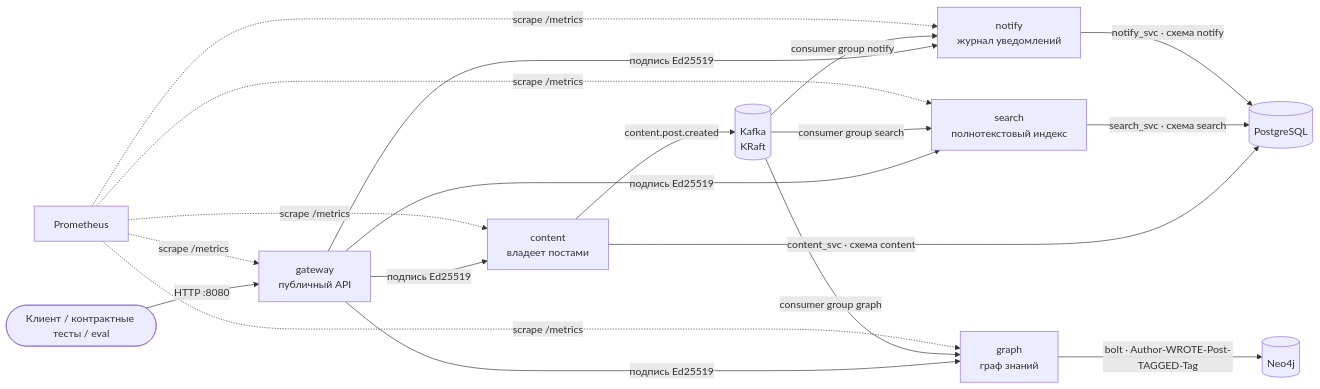
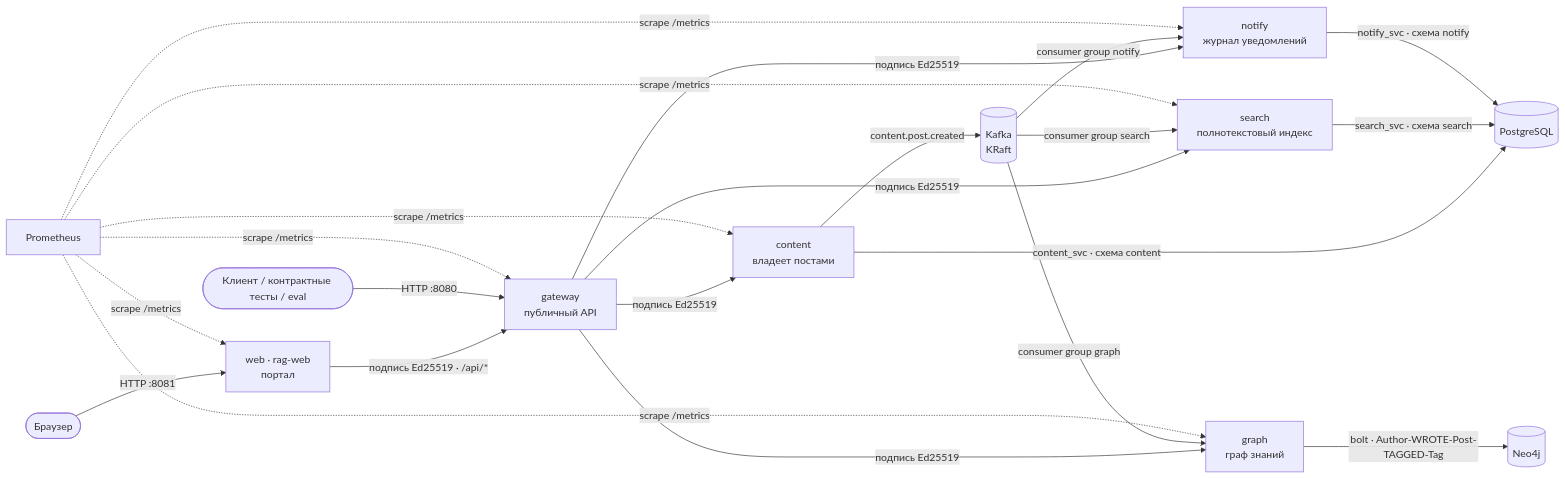
The fourth of 5 diagrams in docs/ru/04-architecture.md (armdev/harness-template), drawn with Mermaid before and after one commit. The commit also changed other lines of this file and 35 other files, not shown here.

First line of the commit message:
rag-web: web portal for the RAG application, plus graph overview endpoints

````diff
--- a/docs/ru/04-architecture.md
+++ b/docs/ru/04-architecture.md
@@ -92,17 +92,19 @@
 ```mermaid
 flowchart LR
+    browser(["Браузер"]) -->|"HTTP :8081"| web["web · rag-web<br/>портал"]
+    web -->|"подпись Ed25519 · /api/*"| gw
     client(["Клиент / контрактные тесты / eval"]) -->|"HTTP :8080"| gw["gateway<br/>публичный API"]
     gw -->|"подпись Ed25519"| content["content<br/>владеет постами"]
     gw -->|"подпись Ed25519"| search["search<br/>полнотекстовый индекс"]
     gw -->|"подпись Ed25519"| notify["notify<br/>журнал уведомлений"]
     gw -->|"подпись Ed25519"| kg["graph<br/>граф знаний"]
     content -->|content.post.created| kafka[("Kafka<br/>KRaft")]
     kafka -->|"consumer group search"| search
     kafka -->|"consumer group notify"| notify
     kafka -->|"consumer group graph"| kg
     content -->|"content_svc · схема content"| pg[(PostgreSQL)]
     search -->|"search_svc · схема search"| pg
     notify -->|"notify_svc · схема notify"| pg
     kg -->|"bolt · Author-WROTE-Post-TAGGED-Tag"| neo[(Neo4j)]
-    prom[Prometheus] -.->|"scrape /metrics"| gw & content & search & notify & kg
+    prom[Prometheus] -.->|"scrape /metrics"| web & gw & content & search & notify & kg
 ```
````
